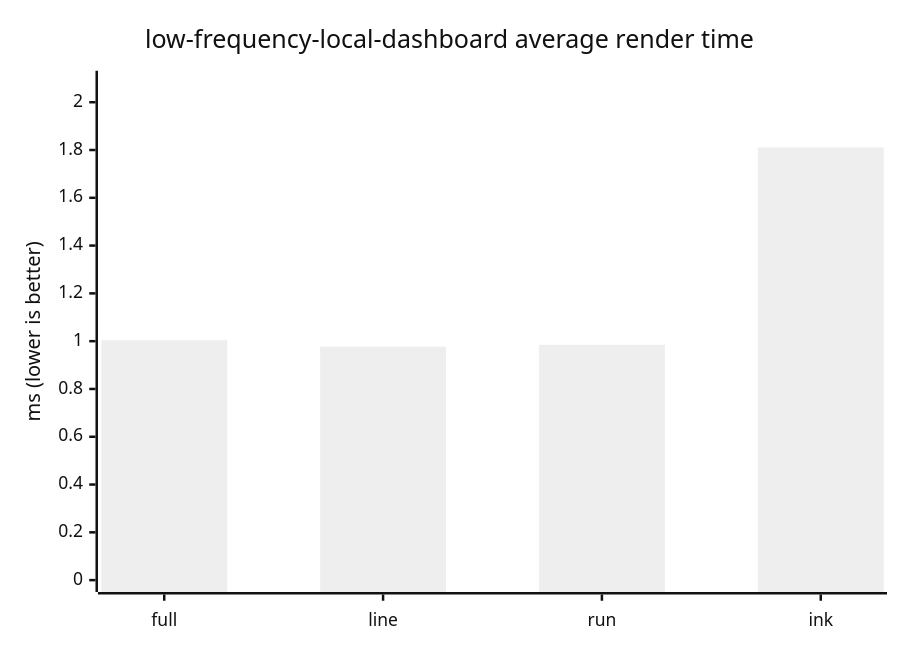
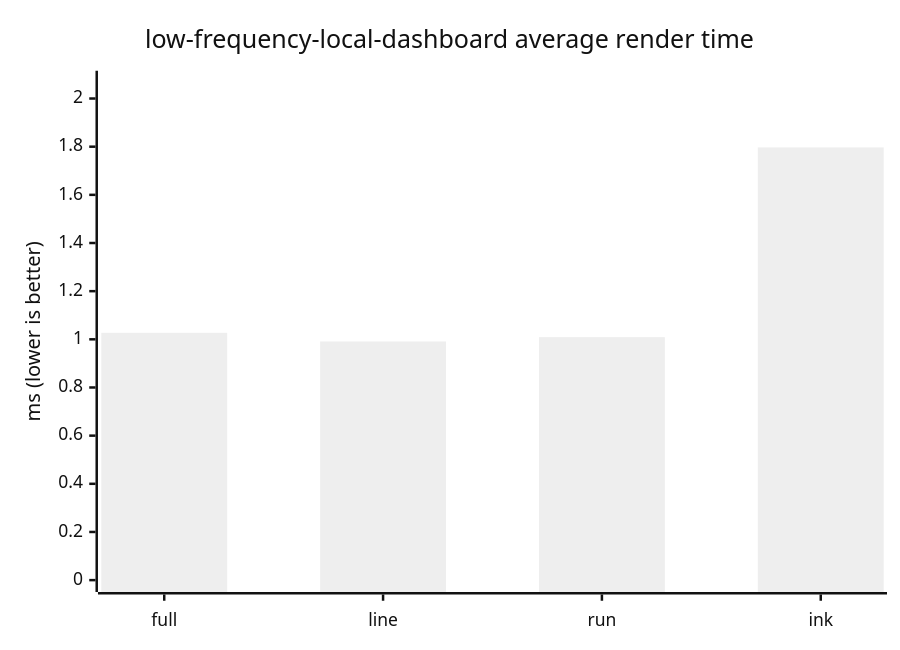
The first of 10 diagrams in docs/benchmark.md (ByteLandTechnology/tinky), drawn with Mermaid (neutral theme) before and after one commit. The commit also changed other lines of this file and 7 other files, not shown here.

````diff
--- a/docs/benchmark.md
+++ b/docs/benchmark.md
@@ -52,7 +52,7 @@
 ```mermaid
 xychart-beta
     title "low-frequency-local-dashboard average render time"
     x-axis ["full", "line", "run", "ink"]
-    y-axis "ms (lower is better)" 0 --> 2.082
-    bar [1.004, 0.977, 0.985, 1.811]
+    y-axis "ms (lower is better)" 0 --> 2.066
+    bar [1.027, 0.991, 1.009, 1.797]
 ```
````
